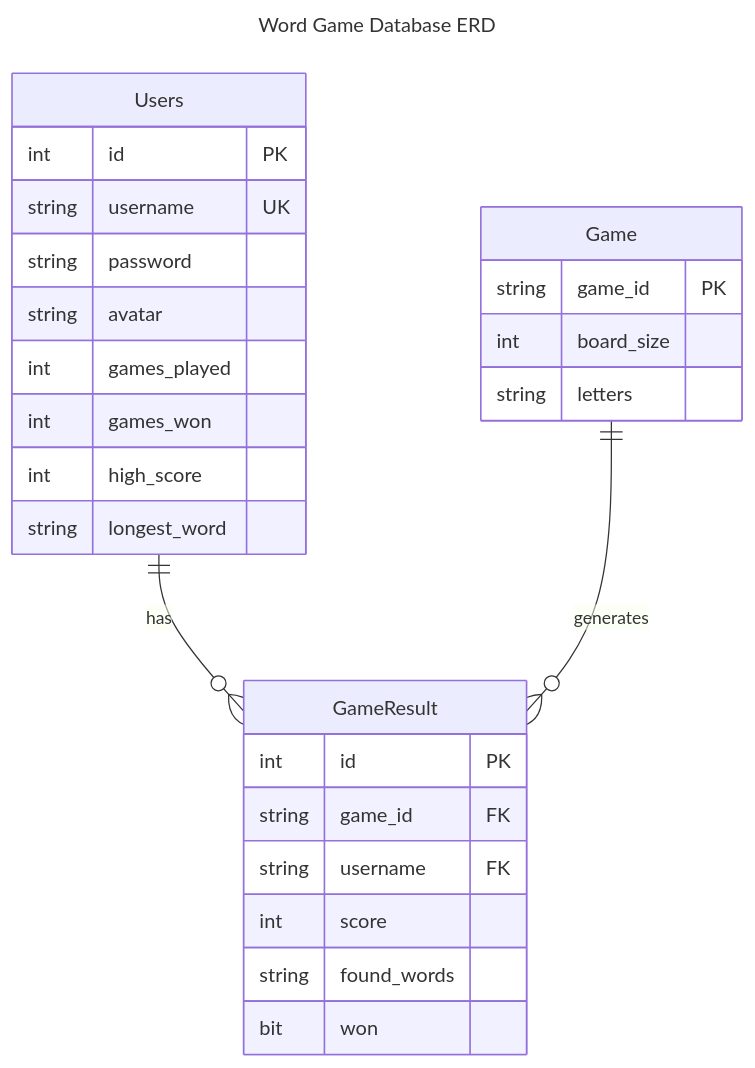
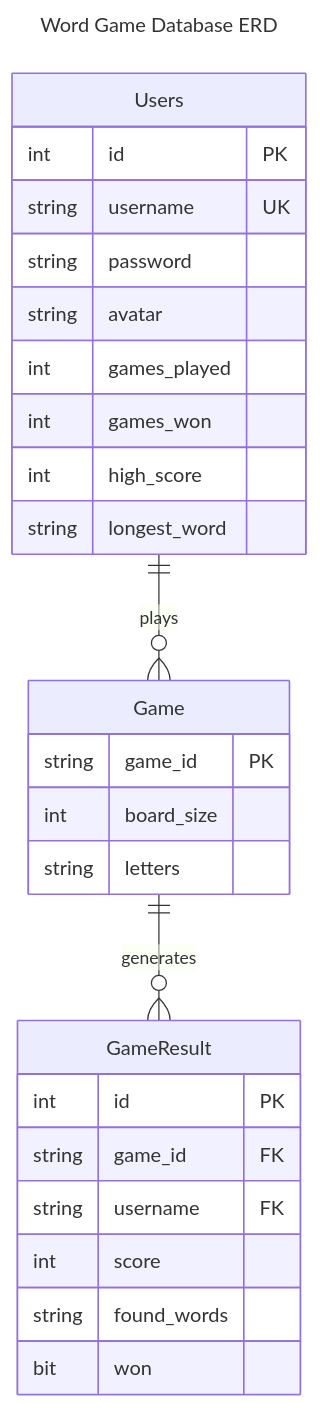
One commit to CoryOr/boggle-woggle changed the second of 8 diagrams in README.md. Above: the diagram before and after it, drawn with Mermaid. The commit also changed other lines of this file and 2 other files, not shown here.

````diff
--- a/README.md
+++ b/README.md
@@ -48,34 +48,34 @@
 ```mermaid
 ---
 title: Word Game Database ERD
 ---
 erDiagram
-    Users ||--o{ GameResult : "has"
+    Users ||--o{ Game : "plays"
     Game ||--o{ GameResult : "generates"
  
     Users {
         int id PK
         string username UK
         string password
         string avatar
         int games_played
         int games_won
         int high_score
         string longest_word
     }
  
     Game {
         string game_id PK
         int board_size
         string letters
     }
  
     GameResult {
         int id PK
         string game_id FK
         string username FK
         int score
         string found_words
         bit won
     }
 ```
````
